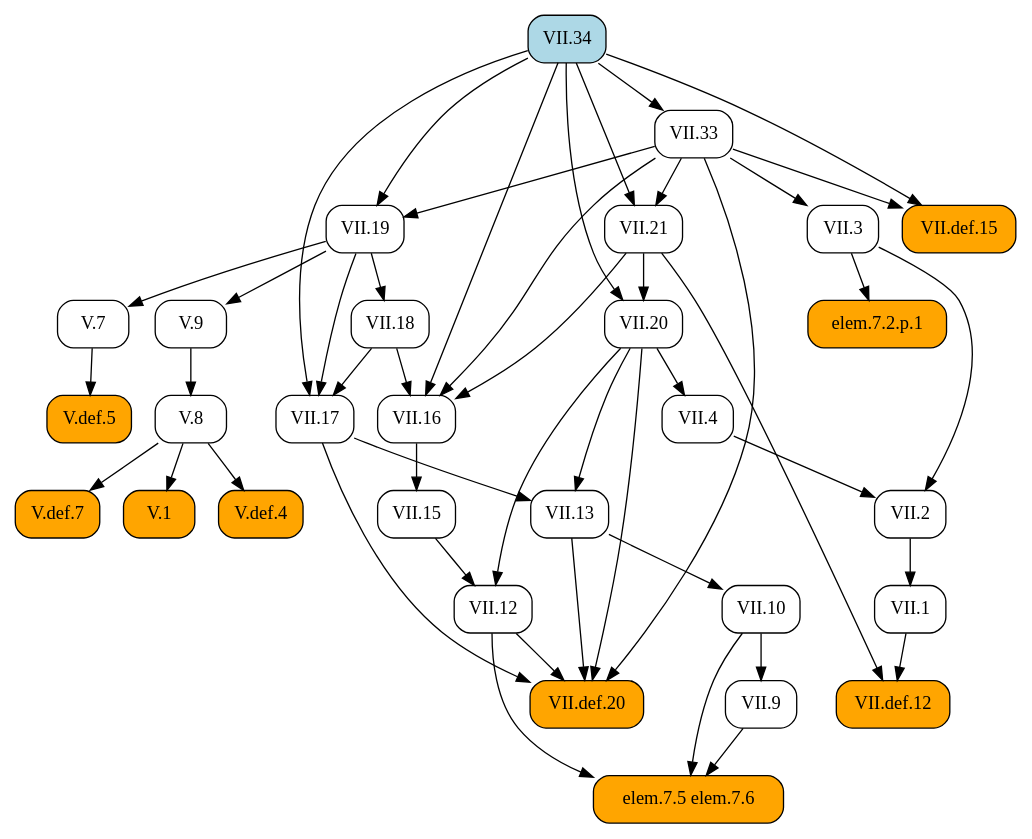
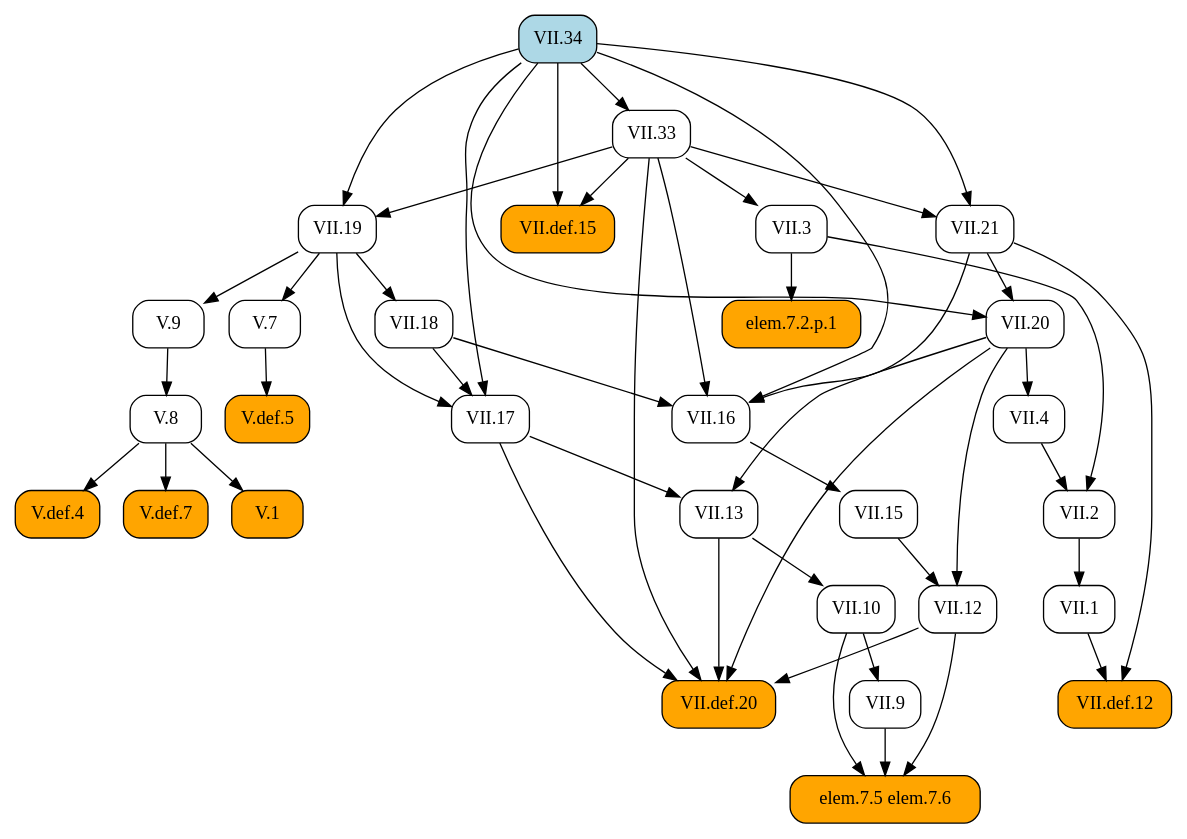
The diagram in docsrc/heath/VII/34/index.rst (geometor/elements), drawn with Graphviz before and after one commit. The commit also changed other lines of this file and 1029 other files, not shown here.

```diff
--- a/docsrc/heath/VII/34/index.rst
+++ b/docsrc/heath/VII/34/index.rst
@@ -81,80 +81,80 @@
    digraph {
      rankdir="TB";
      node [shape=box, style=rounded];
+     "VII.def.12" [style="rounded,filled", fillcolor=orange, URL="/heath/VII/def.12/", target="_top"];
+     "V.8" [URL="/heath/V/8/", target="_top"];
+     "VII.33" [URL="/heath/VII/33/", target="_top"];
+     "VII.1" [URL="/heath/VII/1/", target="_top"];
+     "elem.7.2.p.1" [style="rounded,filled", fillcolor=orange];
+     "VII.10" [URL="/heath/VII/10/", target="_top"];
+     "VII.9" [URL="/heath/VII/9/", target="_top"];
+     "VII.def.15" [style="rounded,filled", fillcolor=orange, URL="/heath/VII/def.15/", target="_top"];
+     "V.def.5" [style="rounded,filled", fillcolor=orange, URL="/heath/V/def.5/", target="_top"];
+     "VII.19" [URL="/heath/VII/19/", target="_top"];
+     "VII.18" [URL="/heath/VII/18/", target="_top"];
+     "VII.16" [URL="/heath/VII/16/", target="_top"];
+     "VII.4" [URL="/heath/VII/4/", target="_top"];
+     "VII.21" [URL="/heath/VII/21/", target="_top"];
      "V.1" [style="rounded,filled", fillcolor=orange, URL="/heath/V/1/", target="_top"];
+     "VII.3" [URL="/heath/VII/3/", target="_top"];
+     "VII.17" [URL="/heath/VII/17/", target="_top"];
+     "elem.7.5 elem.7.6" [style="rounded,filled", fillcolor=orange];
      "VII.20" [URL="/heath/VII/20/", target="_top"];
+     "V.7" [URL="/heath/V/7/", target="_top"];
+     "VII.34" [style="rounded,filled", fillcolor=lightblue, URL="/heath/VII/34/", target="_top"];
+     "V.9" [URL="/heath/V/9/", target="_top"];
+     "V.def.4" [style="rounded,filled", fillcolor=orange, URL="/heath/V/def.4/", target="_top"];
+     "VII.13" [URL="/heath/VII/13/", target="_top"];
+     "VII.2" [URL="/heath/VII/2/", target="_top"];
+     "V.def.7" [style="rounded,filled", fillcolor=orange, URL="/heath/V/def.7/", target="_top"];
      "VII.12" [URL="/heath/VII/12/", target="_top"];
-     "VII.9" [URL="/heath/VII/9/", target="_top"];
-     "VII.16" [URL="/heath/VII/16/", target="_top"];
-     "VII.13" [URL="/heath/VII/13/", target="_top"];
-     "V.def.4" [style="rounded,filled", fillcolor=orange, URL="/heath/V/def.4/", target="_top"];
-     "VII.def.15" [style="rounded,filled", fillcolor=orange, URL="/heath/VII/def.15/", target="_top"];
-     "VII.18" [URL="/heath/VII/18/", target="_top"];
-     "V.8" [URL="/heath/V/8/", target="_top"];
-     "VII.21" [URL="/heath/VII/21/", target="_top"];
-     "V.7" [URL="/heath/V/7/", target="_top"];
-     "VII.19" [URL="/heath/VII/19/", target="_top"];
      "VII.15" [URL="/heath/VII/15/", target="_top"];
-     "VII.def.12" [style="rounded,filled", fillcolor=orange, URL="/heath/VII/def.12/", target="_top"];
-     "VII.4" [URL="/heath/VII/4/", target="_top"];
-     "elem.7.2.p.1" [style="rounded,filled", fillcolor=orange];
-     "V.9" [URL="/heath/V/9/", target="_top"];
-     "VII.2" [URL="/heath/VII/2/", target="_top"];
-     "VII.34" [style="rounded,filled", fillcolor=lightblue, URL="/heath/VII/34/", target="_top"];
      "VII.def.20" [style="rounded,filled", fillcolor=orange, URL="/heath/VII/def.20/", target="_top"];
-     "VII.3" [URL="/heath/VII/3/", target="_top"];
-     "elem.7.5 elem.7.6" [style="rounded,filled", fillcolor=orange];
-     "VII.1" [URL="/heath/VII/1/", target="_top"];
-     "VII.10" [URL="/heath/VII/10/", target="_top"];
-     "V.def.7" [style="rounded,filled", fillcolor=orange, URL="/heath/V/def.7/", target="_top"];
-     "VII.33" [URL="/heath/VII/33/", target="_top"];
-     "V.def.5" [style="rounded,filled", fillcolor=orange, URL="/heath/V/def.5/", target="_top"];
-     "VII.17" [URL="/heath/VII/17/", target="_top"];
-     "V.8" -> "V.1";
-     "VII.21" -> "VII.20";
-     "VII.34" -> "VII.20";
-     "VII.15" -> "VII.12";
-     "VII.20" -> "VII.12";
+     "VII.1" -> "VII.def.12";
+     "VII.21" -> "VII.def.12";
+     "V.9" -> "V.8";
+     "VII.34" -> "VII.33";
+     "VII.2" -> "VII.1";
+     "VII.3" -> "elem.7.2.p.1";
+     "VII.13" -> "VII.10";
      "VII.10" -> "VII.9";
+     "VII.33" -> "VII.def.15";
+     "VII.34" -> "VII.def.15";
+     "V.7" -> "V.def.5";
+     "VII.33" -> "VII.19";
+     "VII.34" -> "VII.19";
+     "VII.19" -> "VII.18";
      "VII.18" -> "VII.16";
      "VII.21" -> "VII.16";
      "VII.33" -> "VII.16";
      "VII.34" -> "VII.16";
+     "VII.20" -> "VII.4";
+     "VII.33" -> "VII.21";
+     "VII.34" -> "VII.21";
+     "V.8" -> "V.1";
+     "VII.33" -> "VII.3";
+     "VII.18" -> "VII.17";
+     "VII.19" -> "VII.17";
+     "VII.34" -> "VII.17";
+     "VII.9" -> "elem.7.5 elem.7.6";
+     "VII.10" -> "elem.7.5 elem.7.6";
+     "VII.12" -> "elem.7.5 elem.7.6";
+     "VII.21" -> "VII.20";
+     "VII.34" -> "VII.20";
+     "VII.19" -> "V.7";
+     "VII.19" -> "V.9";
+     "V.8" -> "V.def.4";
      "VII.17" -> "VII.13";
      "VII.20" -> "VII.13";
-     "V.8" -> "V.def.4";
-     "VII.33" -> "VII.def.15";
-     "VII.34" -> "VII.def.15";
-     "VII.19" -> "VII.18";
-     "V.9" -> "V.8";
-     "VII.33" -> "VII.21";
-     "VII.34" -> "VII.21";
-     "VII.19" -> "V.7";
-     "VII.33" -> "VII.19";
-     "VII.34" -> "VII.19";
-     "VII.16" -> "VII.15";
-     "VII.1" -> "VII.def.12";
-     "VII.21" -> "VII.def.12";
-     "VII.20" -> "VII.4";
-     "VII.3" -> "elem.7.2.p.1";
-     "VII.19" -> "V.9";
      "VII.3" -> "VII.2";
      "VII.4" -> "VII.2";
+     "V.8" -> "V.def.7";
+     "VII.15" -> "VII.12";
+     "VII.20" -> "VII.12";
+     "VII.16" -> "VII.15";
      "VII.12" -> "VII.def.20";
      "VII.13" -> "VII.def.20";
      "VII.17" -> "VII.def.20";
      "VII.20" -> "VII.def.20";
      "VII.33" -> "VII.def.20";
-     "VII.33" -> "VII.3";
-     "VII.9" -> "elem.7.5 elem.7.6";
-     "VII.10" -> "elem.7.5 elem.7.6";
-     "VII.12" -> "elem.7.5 elem.7.6";
-     "VII.2" -> "VII.1";
-     "VII.13" -> "VII.10";
-     "V.8" -> "V.def.7";
-     "VII.34" -> "VII.33";
-     "V.7" -> "V.def.5";
-     "VII.18" -> "VII.17";
-     "VII.19" -> "VII.17";
-     "VII.34" -> "VII.17";
    }
```
